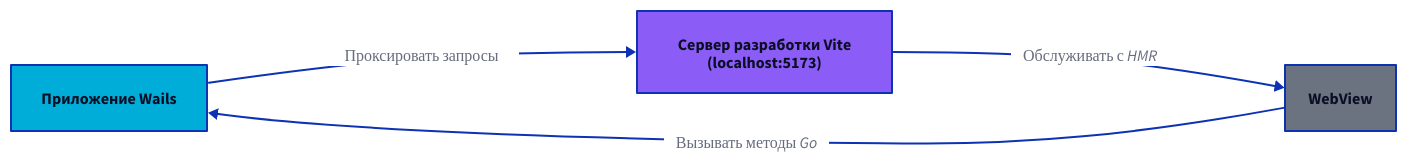
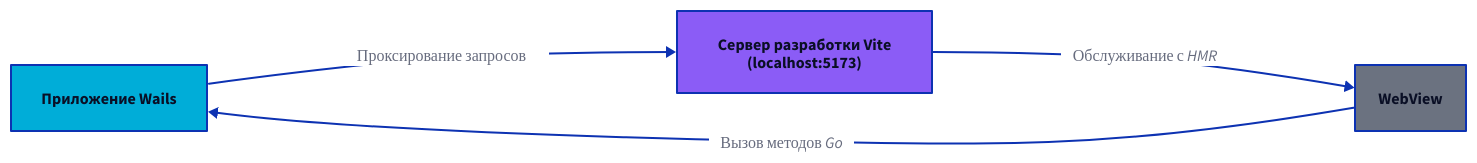
Before and after one commit to wailsapp/wails: the sixth of 8 diagrams in docs/mpress/content/ru/concepts/architecture.md, drawn with D2. The commit also changed other lines of this file and 1096 other files, not shown here.

````diff
--- a/docs/mpress/content/ru/concepts/architecture.md
+++ b/docs/mpress/content/ru/concepts/architecture.md
@@ -449,22 +449,22 @@
 ```d2
 direction: right
 
 WailsApp: Приложение Wails {
   shape: rectangle
   style.fill: "#00ADD8"
 }
 
 DevServer: "Сервер разработки Vite\n(localhost:5173)" {
   shape: rectangle
   style.fill: "#8B5CF6"
 }
 
 WebView: WebView {
   shape: rectangle
   style.fill: "#6B7280"
 }
 
-WailsApp -> DevServer: Проксировать запросы
-DevServer -> WebView: Обслуживать с HMR
-WebView -> WailsApp: Вызывать методы Go
+WailsApp -> DevServer: Проксирование запросов
+DevServer -> WebView: Обслуживание с HMR
+WebView -> WailsApp: Вызов методов Go
 ```
````
